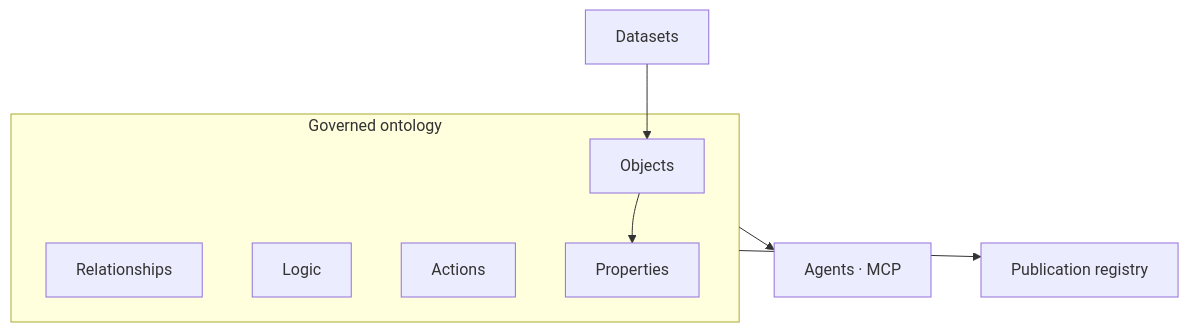
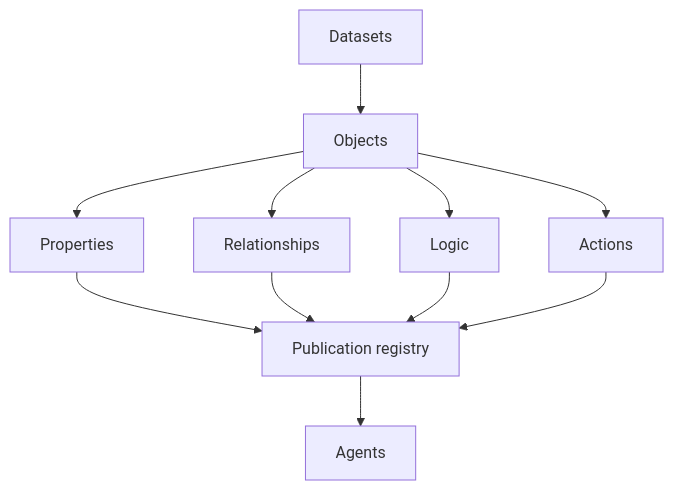
Before and after one commit to trybacked/anchor: the first of 2 diagrams in README.md, drawn with Mermaid.

Commit message:
Readme fix

````diff
--- a/README.md
+++ b/README.md
@@ -37,14 +37,13 @@
 ```mermaid
 flowchart TB
-  subgraph ontology["Governed ontology"]
-    objects["Objects"]
-    relationships["Relationships"]
-    logic["Logic"]
-    actions["Actions"]
-    objects --> properties["Properties"]
-  end
-
-  sources["Datasets"] --> objects
-  ontology --> agents["Agents · MCP"]
-  ontology --> registry["Publication registry"]
+  datasets["Datasets"] --> objects["Objects"]
+  objects --> properties["Properties"]
+  objects --> relationships["Relationships"]
+  objects --> logic["Logic"]
+  objects --> actions["Actions"]
+  properties --> registry["Publication registry"]
+  relationships --> registry
+  logic --> registry
+  actions --> registry
+  registry --> agents["Agents"]
 ```
````
